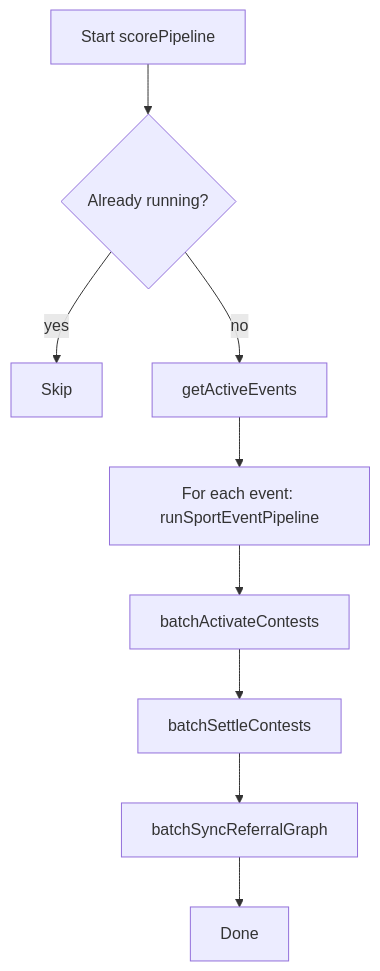
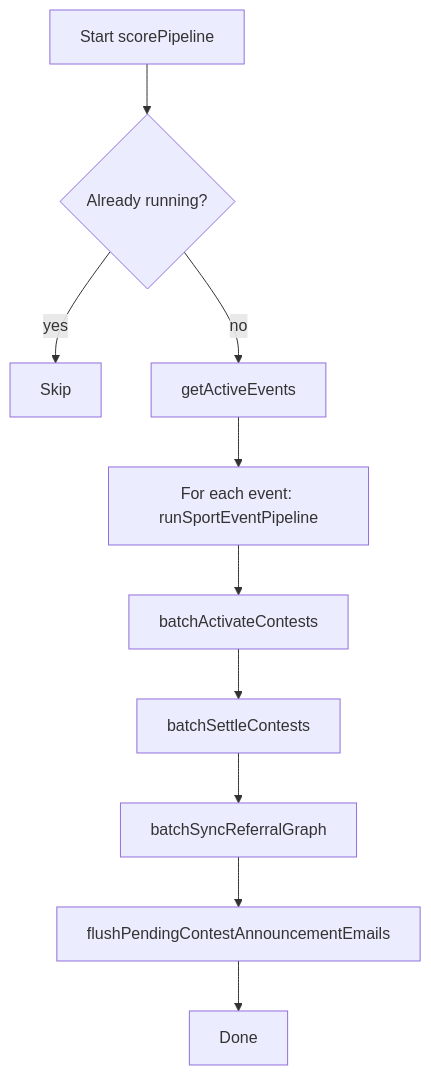
One commit to MagRelo/cut changed the diagram in spec/server/cron.md. Above: the diagram before and after it, drawn with Mermaid. The commit also changed other lines of this file and 87 other files, not shown here.

First line of the commit message:
feat: enhance contest announcement email functionality and UI updates

````diff
--- a/spec/server/cron.md
+++ b/spec/server/cron.md
@@ -18,11 +18,12 @@
 ```mermaid
 flowchart TD
   A[Start scorePipeline] --> B{Already running?}
   B -->|yes| Z[Skip]
   B -->|no| C[getActiveEvents]
   C --> D[For each event: runSportEventPipeline]
   D --> F[batchActivateContests]
   F --> G[batchSettleContests]
   G --> H[batchSyncReferralGraph]
-  H --> K[Done]
+  H --> I[flushPendingContestAnnouncementEmails]
+  I --> K[Done]
 ```
````
